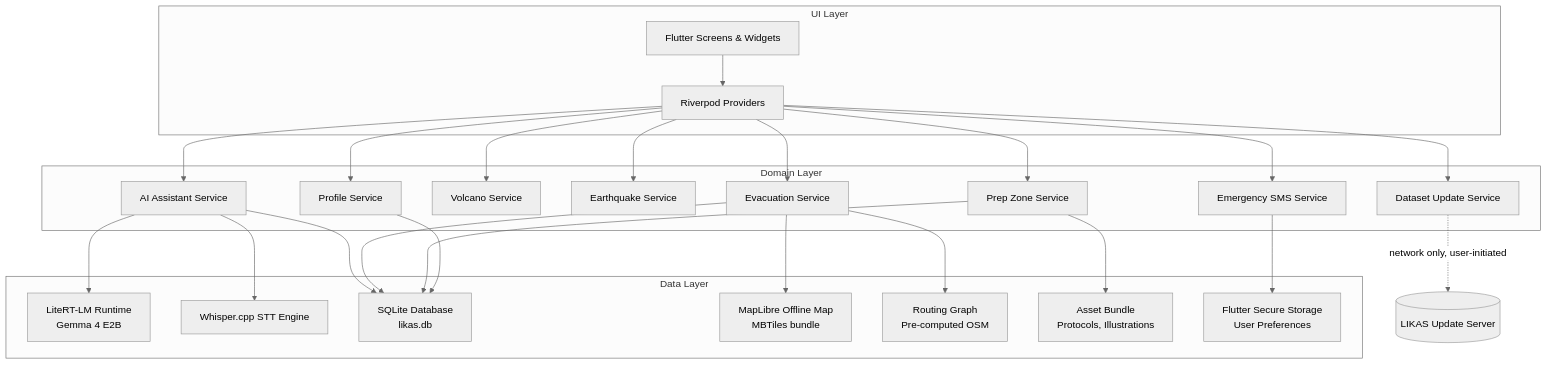
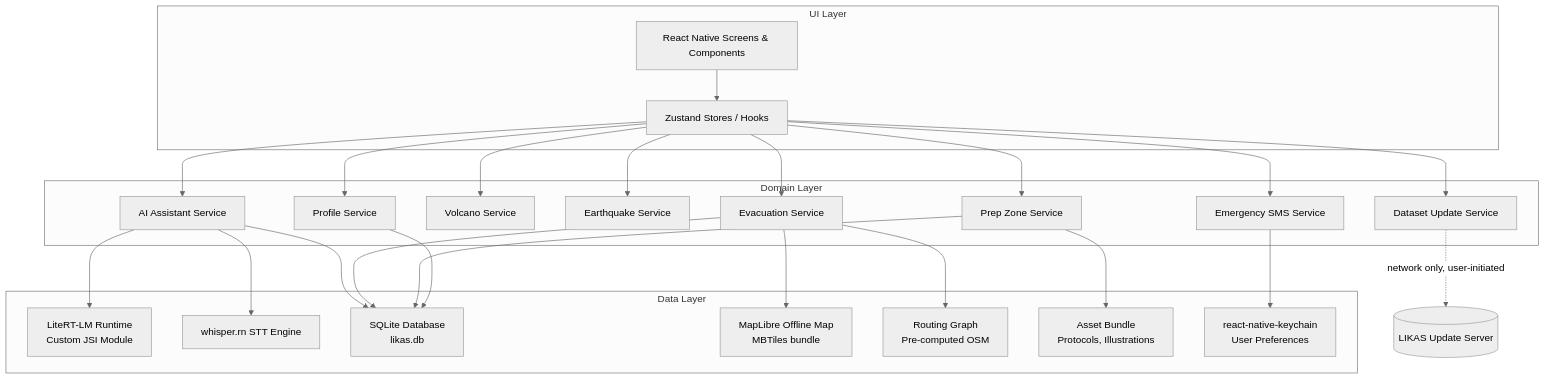
One commit to JpCurada/likas changed the diagram in docs/design.md. Above: the diagram before and after it, drawn with Mermaid (neutral theme). The commit also changed other lines of this file and 3 other files, not shown here.

Commit message:
chore(setup): converted to react native plann

````diff
--- a/docs/design.md
+++ b/docs/design.md
@@ -28,38 +28,38 @@
 ```mermaid
 graph TD
     subgraph UI["UI Layer"]
-        A[Flutter Screens & Widgets]
-        B[Riverpod Providers]
+        A[React Native Screens & Components]
+        B[Zustand Stores / Hooks]
     end
 
     subgraph Domain["Domain Layer"]
         C[AI Assistant Service]
         D[Evacuation Service]
         E[Volcano Service]
         F[Earthquake Service]
         G[Prep Zone Service]
         H[Profile Service]
         I[Emergency SMS Service]
         J[Dataset Update Service]
     end
 
     subgraph Data["Data Layer"]
-        K[LiteRT-LM Runtime\nGemma 4 E2B]
-        L[Whisper.cpp STT Engine]
+        K[LiteRT-LM Runtime\nCustom JSI Module]
+        L[whisper.rn STT Engine]
         M[SQLite Database\nlikas.db]
         N[MapLibre Offline Map\nMBTiles bundle]
         O[Routing Graph\nPre-computed OSM]
         P[Asset Bundle\nProtocols, Illustrations]
-        Q[Flutter Secure Storage\nUser Preferences]
+        Q[react-native-keychain\nUser Preferences]
     end
 
     A --> B
     B --> C & D & E & F & G & H & I & J
 
     C --> K & L & M
     D --> M & N & O
     G --> M & P
     H --> M
     I --> Q
     J -.->|network only, user-initiated| R[(LIKAS Update Server)]
 ```
````
